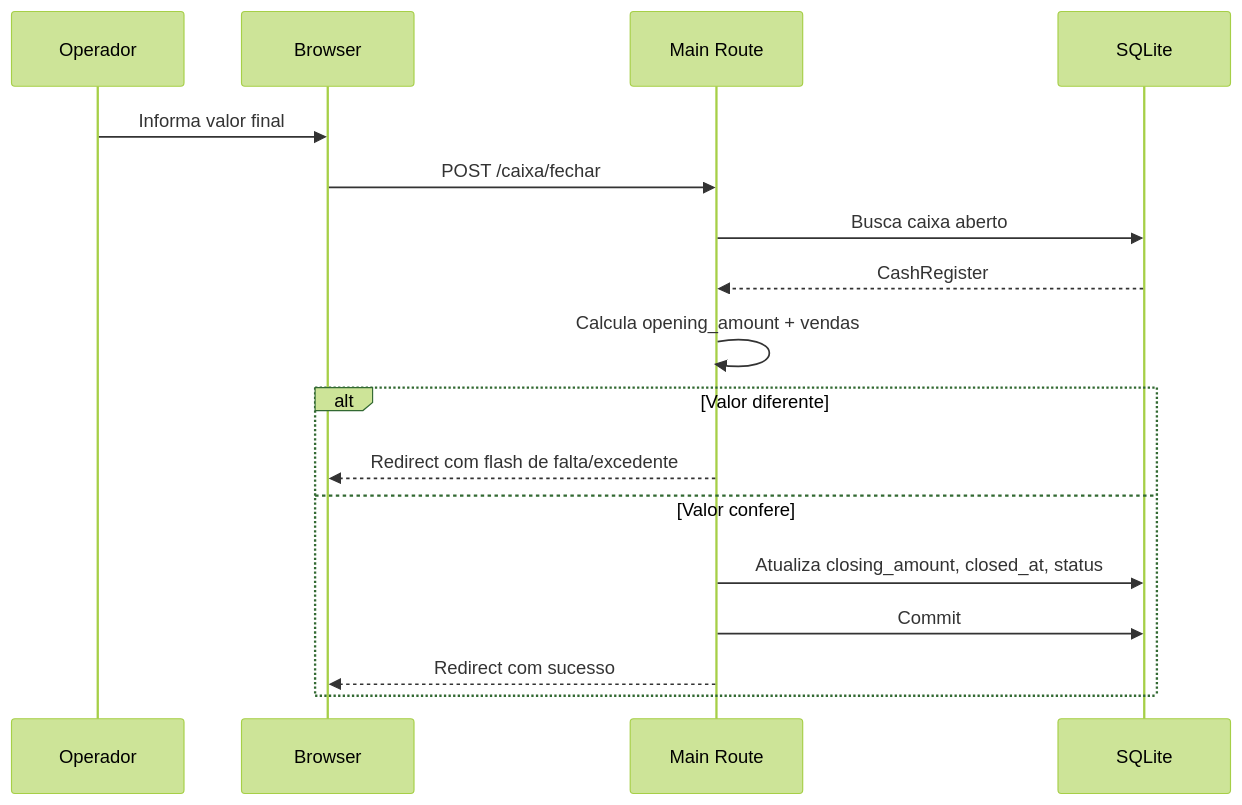
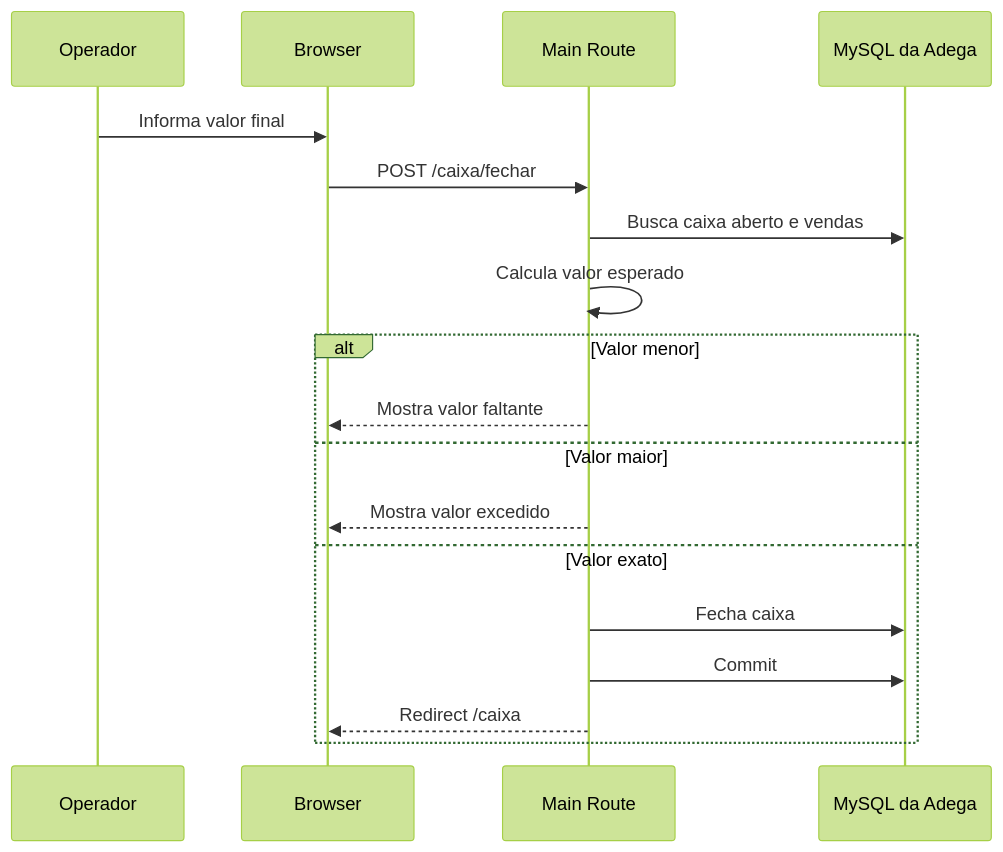
Before and after one commit to RafaelBG7/pdv2026: the fifth of 6 diagrams in docs/20-diagrama-sequencia.md, drawn with Mermaid (forest theme). The commit also changed other lines of this file and 82 other files, not shown here.

````diff
--- a/docs/20-diagrama-sequencia.md
+++ b/docs/20-diagrama-sequencia.md
@@ -78,19 +96,20 @@
 ```mermaid
 sequenceDiagram
     participant U as Operador
     participant B as Browser
     participant R as Main Route
-    participant DB as SQLite
+    participant D as MySQL da Adega
     U->>B: Informa valor final
     B->>R: POST /caixa/fechar
-    R->>DB: Busca caixa aberto
-    DB-->>R: CashRegister
-    R->>R: Calcula opening_amount + vendas
-    alt Valor diferente
-        R-->>B: Redirect com flash de falta/excedente
-    else Valor confere
-        R->>DB: Atualiza closing_amount, closed_at, status
-        R->>DB: Commit
-        R-->>B: Redirect com sucesso
+    R->>D: Busca caixa aberto e vendas
+    R->>R: Calcula valor esperado
+    alt Valor menor
+        R-->>B: Mostra valor faltante
+    else Valor maior
+        R-->>B: Mostra valor excedido
+    else Valor exato
+        R->>D: Fecha caixa
+        R->>D: Commit
+        R-->>B: Redirect /caixa
     end
 ```
````
